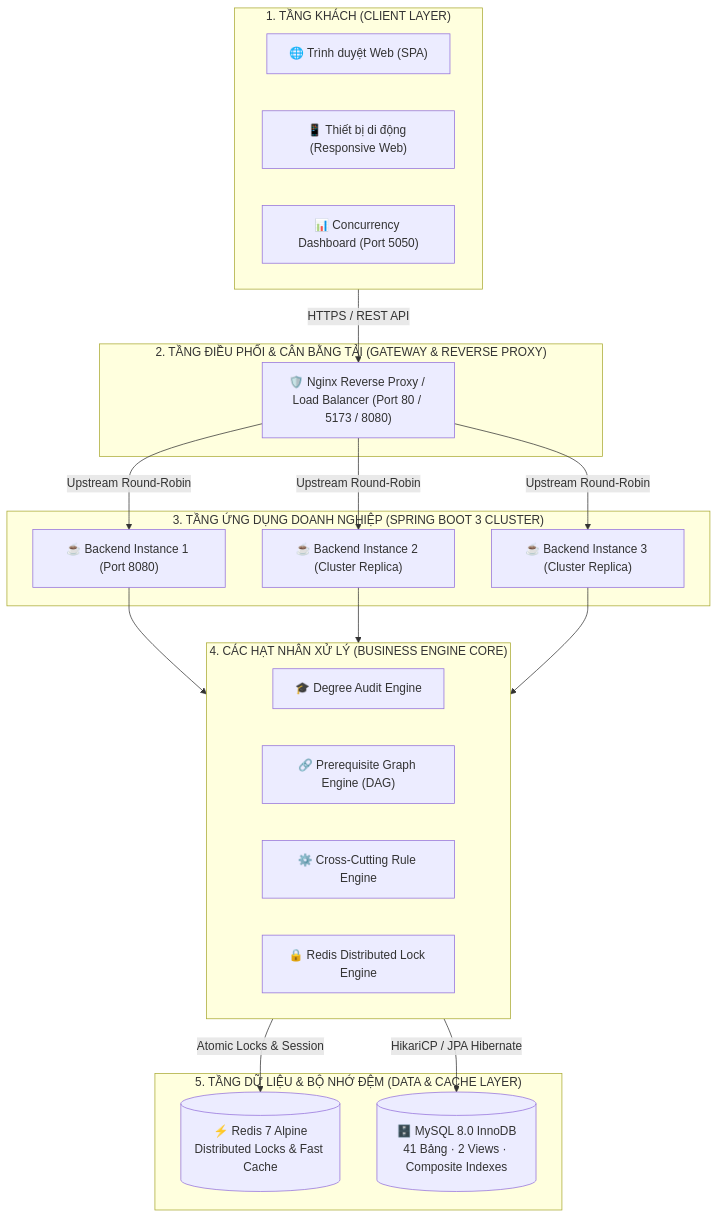
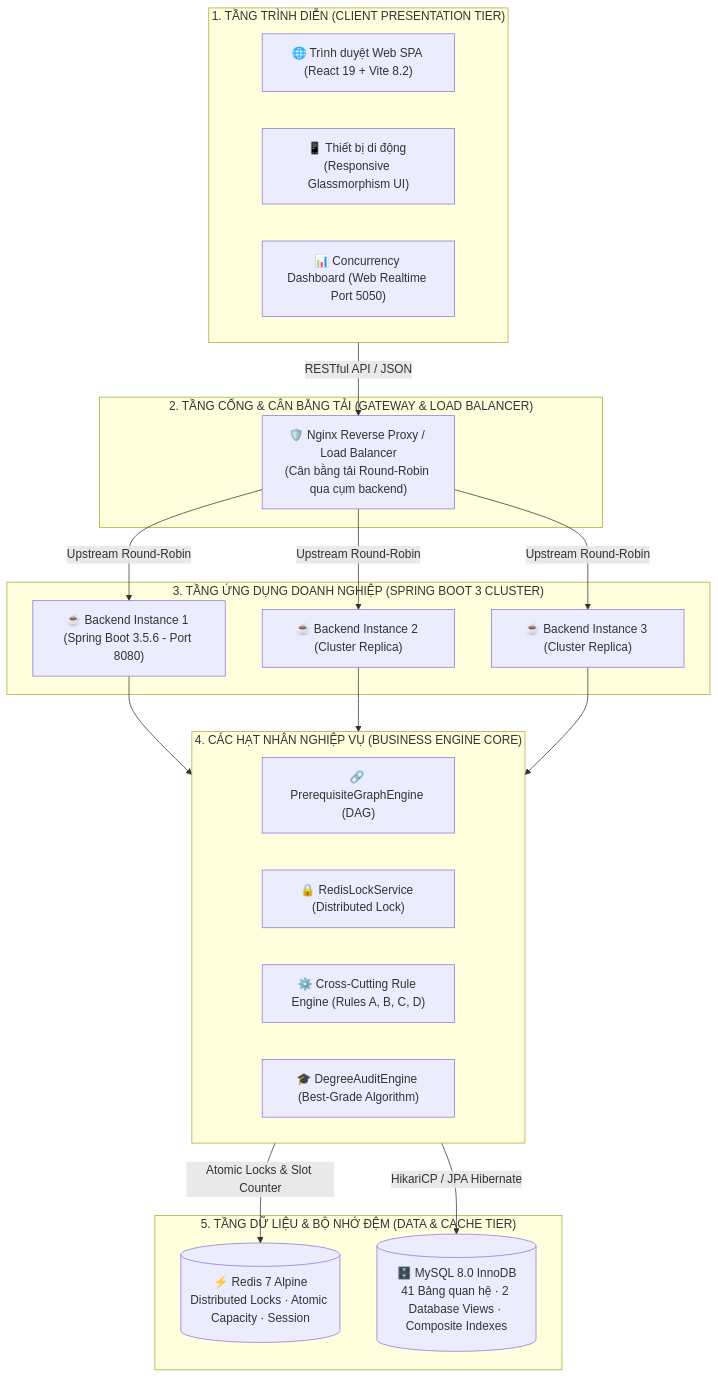
Before and after one commit to DevMarkie/DoAnChuyenNganh: the first of 3 diagrams in README.md, drawn with Mermaid. The commit also changed other lines of this file and 1 other file, not shown here.

````diff
--- a/README.md
+++ b/README.md
@@ -54,39 +63,39 @@
 ```mermaid
 flowchart TD
-    subgraph ClientLayer ["1. TẦNG KHÁCH (CLIENT LAYER)"]
-        Browser["🌐 Trình duyệt Web (SPA)"]
-        Mobile["📱 Thiết bị di động (Responsive Web)"]
-        LoadTestUI["📊 Concurrency Dashboard (Port 5050)"]
+    subgraph ClientLayer ["1. TẦNG TRÌNH DIỄN (CLIENT PRESENTATION TIER)"]
+        Browser["🌐 Trình duyệt Web SPA (React 19 + Vite 8.2)"]
+        Mobile["📱 Thiết bị di động (Responsive Glassmorphism UI)"]
+        LoadTestUI["📊 Concurrency Dashboard (Web Realtime Port 5050)"]
     end
 
-    subgraph GatewayLayer ["2. TẦNG ĐIỀU PHỐI & CÂN BẰNG TẢI (GATEWAY & REVERSE PROXY)"]
-        Nginx["🛡️ Nginx Reverse Proxy / Load Balancer (Port 80 / 5173 / 8080)"]
+    subgraph GatewayLayer ["2. TẦNG CỔNG & CÂN BẰNG TẢI (GATEWAY & LOAD BALANCER)"]
+        Nginx["🛡️ Nginx Reverse Proxy / Load Balancer\n(Cân bằng tải Round-Robin qua cụm backend)"]
     end
 
     subgraph AppLayer ["3. TẦNG ỨNG DỤNG DOANH NGHIỆP (SPRING BOOT 3 CLUSTER)"]
-        Backend1["☕ Backend Instance 1 (Port 8080)"]
+        Backend1["☕ Backend Instance 1 (Spring Boot 3.5.6 - Port 8080)"]
         Backend2["☕ Backend Instance 2 (Cluster Replica)"]
         Backend3["☕ Backend Instance 3 (Cluster Replica)"]
     end
 
-    subgraph ServiceCore ["4. CÁC HẠT NHÂN XỬ LÝ (BUSINESS ENGINE CORE)"]
-        AuditEngine["🎓 Degree Audit Engine"]
-        DAGEngine["🔗 Prerequisite Graph Engine (DAG)"]
-        RuleEngine["⚙️ Cross-Cutting Rule Engine"]
-        LockService["🔒 Redis Distributed Lock Engine"]
+    subgraph ServiceCore ["4. CÁC HẠT NHÂN NGHIỆP VỤ (BUSINESS ENGINE CORE)"]
+        DAGEngine["🔗 PrerequisiteGraphEngine (DAG)"]
+        LockService["🔒 RedisLockService (Distributed Lock)"]
+        RuleEngine["⚙️ Cross-Cutting Rule Engine (Rules A, B, C, D)"]
+        AuditEngine["🎓 DegreeAuditEngine (Best-Grade Algorithm)"]
     end
 
-    subgraph DataLayer ["5. TẦNG DỮ LIỆU & BỘ NHỚ ĐỆM (DATA & CACHE LAYER)"]
-        Redis[("⚡ Redis 7 Alpine\nDistributed Locks & Fast Cache")]
-        MySQL[("🗄️ MySQL 8.0 InnoDB\n41 Bảng · 2 Views · Composite Indexes")]
+    subgraph DataLayer ["5. TẦNG DỮ LIỆU & BỘ NHỚ ĐỆM (DATA & CACHE TIER)"]
+        Redis[("⚡ Redis 7 Alpine\nDistributed Locks · Atomic Capacity · Session")]
+        MySQL[("🗄️ MySQL 8.0 InnoDB\n41 Bảng quan hệ · 2 Database Views · Composite Indexes")]
     end
 
-    ClientLayer -->|HTTPS / REST API| Nginx
+    ClientLayer -->|RESTful API / JSON| Nginx
     Nginx -->|Upstream Round-Robin| Backend1
     Nginx -->|Upstream Round-Robin| Backend2
     Nginx -->|Upstream Round-Robin| Backend3
 
     Backend1 & Backend2 & Backend3 --> ServiceCore
-    ServiceCore -->|Atomic Locks & Session| Redis
+    ServiceCore -->|Atomic Locks & Slot Counter| Redis
     ServiceCore -->|HikariCP / JPA Hibernate| MySQL
 ```
````
